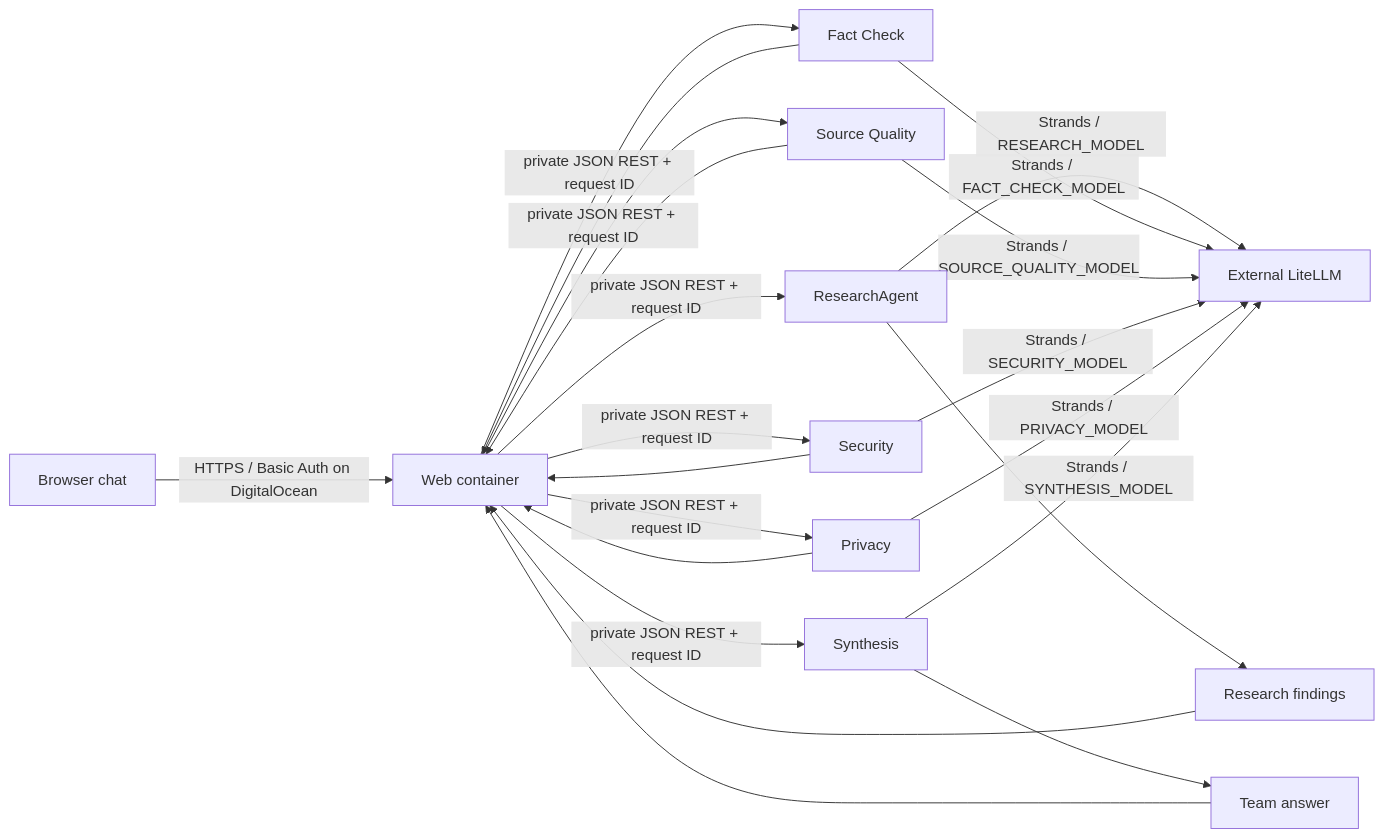
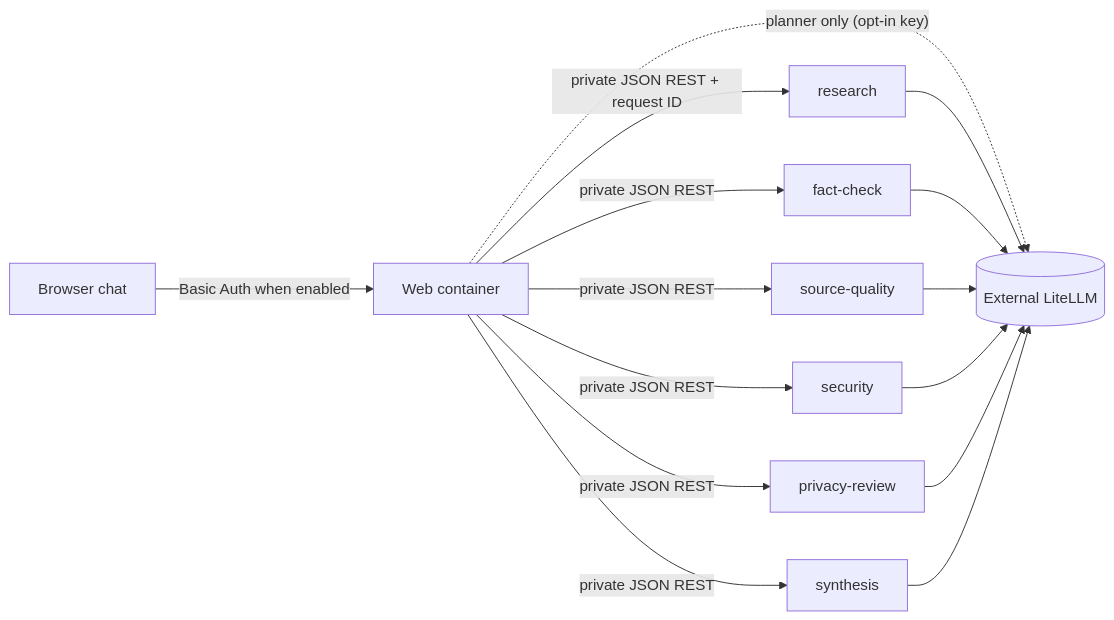
The diagram in README.md (vchokshi/viharbot), drawn with Mermaid before and after one commit. The commit also changed other lines of this file and 17 other files, not shown here.

First line of the commit message:
Phase 6.5: architecture audit, documentation reconciliation, development baseline

````diff
--- a/README.md
+++ b/README.md
@@ -7,24 +9,17 @@
 ```mermaid
 flowchart LR
-  B[Browser chat] -->|HTTPS / Basic Auth on DigitalOcean| W[Web container]
-  W -->|private JSON REST + request ID| R[ResearchAgent]
-  W -->|private JSON REST + request ID| F[Fact Check]
-  W -->|private JSON REST + request ID| Q[Source Quality]
-  W -->|private JSON REST + request ID| S[Security]
-  W -->|private JSON REST + request ID| P[Privacy]
-  W -->|private JSON REST + request ID| Y[Synthesis]
-  R -->|Strands / RESEARCH_MODEL| L[External LiteLLM]
-  F -->|Strands / FACT_CHECK_MODEL| L
-  Q -->|Strands / SOURCE_QUALITY_MODEL| L
-  S -->|Strands / SECURITY_MODEL| L
-  P -->|Strands / PRIVACY_MODEL| L
-  Y -->|Strands / SYNTHESIS_MODEL| L
-  R --> RF[Research findings]
-  F --> W
-  Q --> W
-  S --> W
-  P --> W
-  RF --> W
-  Y --> A[Team answer]
-  A --> W
+  B[Browser chat] -->|Basic Auth when enabled| W[Web container]
+  W -. "planner only (opt-in key)" .-> L[(External LiteLLM)]
+  W -->|private JSON REST + request ID| R[research]
+  W -->|private JSON REST| F[fact-check]
+  W -->|private JSON REST| Q[source-quality]
+  W -->|private JSON REST| S[security]
+  W -->|private JSON REST| P[privacy-review]
+  W -->|private JSON REST| Y[synthesis]
+  R --> L
+  F --> L
+  Q --> L
+  S --> L
+  P --> L
+  Y --> L
 ```
````
